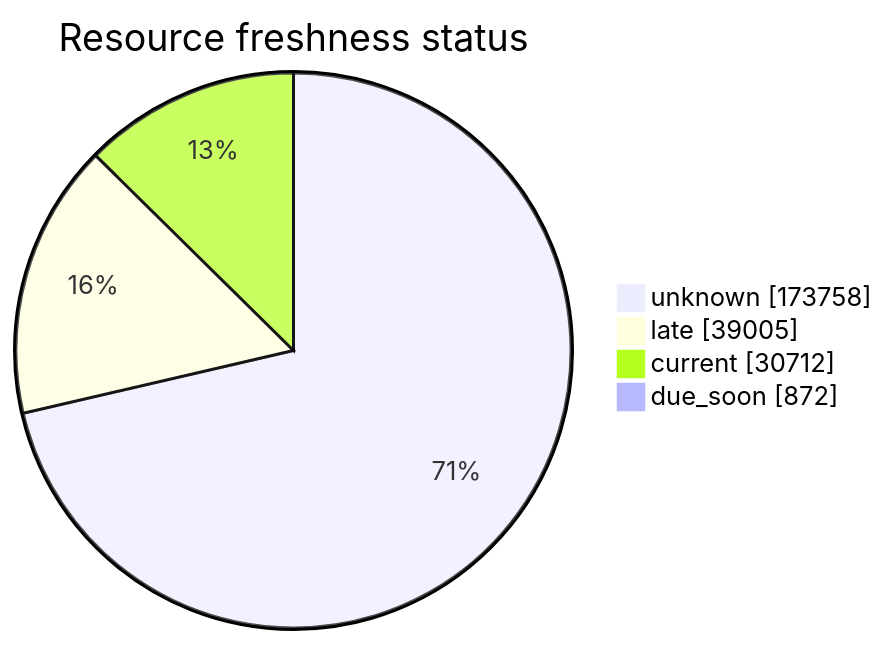
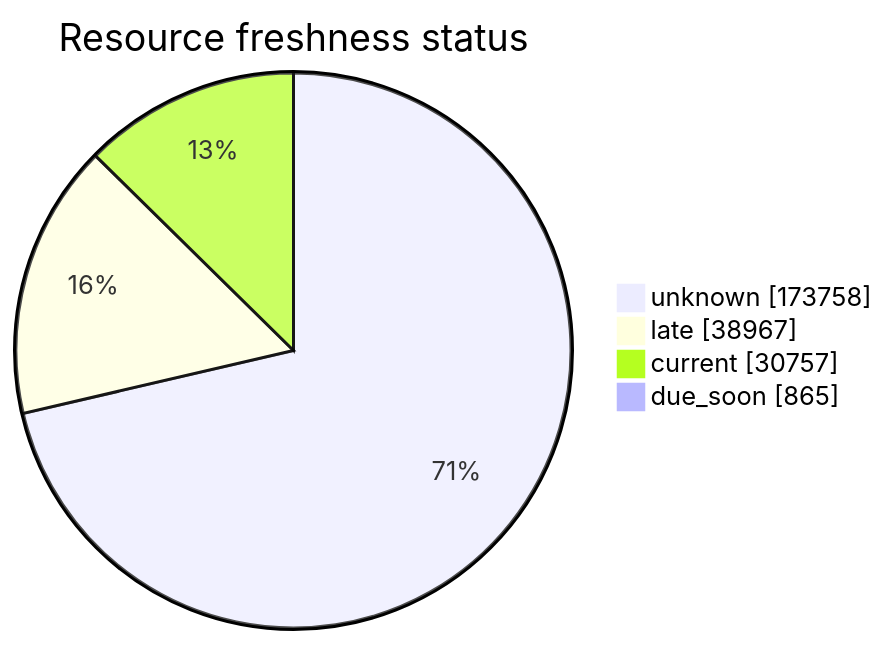
One commit to open-data/analytics-corporate-reporting changed the third of 5 diagrams in FreshCheck/README.md. Above: the diagram before and after it, drawn with Mermaid. The commit also changed other lines of this file and 3 other files, not shown here.

````diff
--- a/FreshCheck/README.md
+++ b/FreshCheck/README.md
@@ -77,7 +77,7 @@
 ```mermaid
 pie showData title Resource freshness status
     "unknown": 173758
-    "late": 39005
-    "current": 30712
-    "due_soon": 872
+    "late": 38967
+    "current": 30757
+    "due_soon": 865
 ```
````
